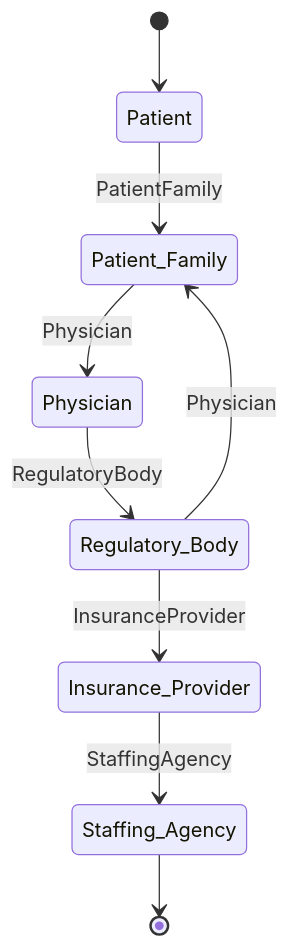
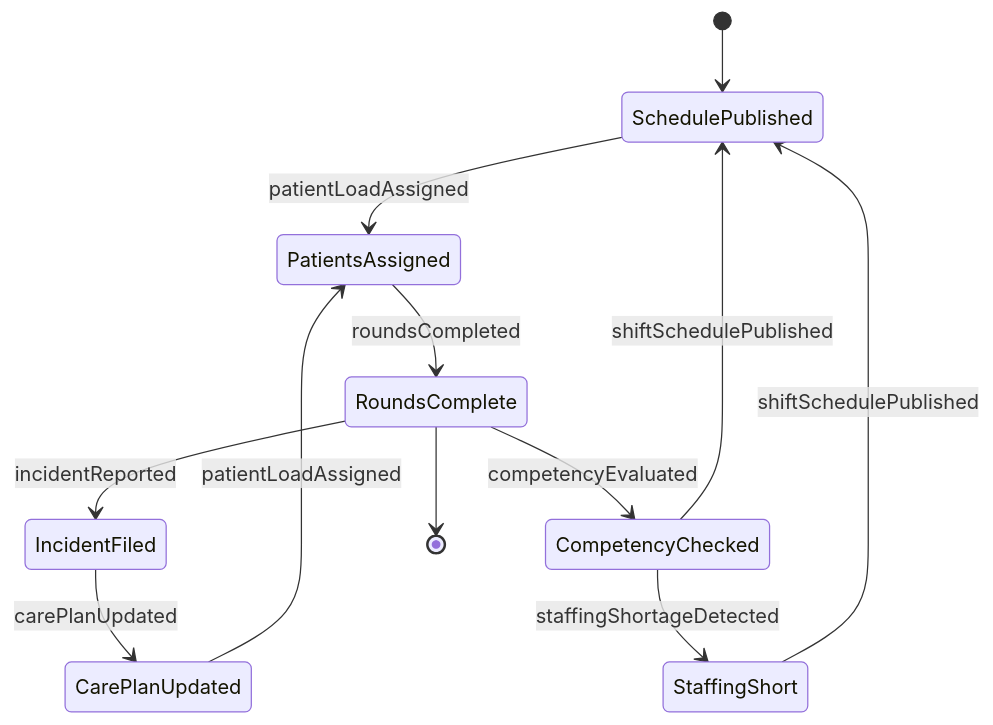
One commit to dot-org-ai/tasks.org.ai changed the second of 4 diagrams in GuidingDirectingAndMotivatingSubordinates/SupervisePersonnelActivities/SupervisePatientCarePersonnel.mdx. Above: the diagram before and after it, drawn with Mermaid. The commit also changed other lines of this file and 515 other files, not shown here.

````diff
--- a/GuidingDirectingAndMotivatingSubordinates/SupervisePersonnelActivities/SupervisePatientCarePersonnel.mdx
+++ b/GuidingDirectingAndMotivatingSubordinates/SupervisePersonnelActivities/SupervisePatientCarePersonnel.mdx
@@ -102,11 +99,14 @@
 ```mermaid
 stateDiagram-v2
-    [*] --> Patient
-    Patient --> Patient_Family: PatientFamily
-    Patient_Family --> Physician: Physician
-    Physician --> Regulatory_Body: RegulatoryBody
-    Regulatory_Body --> Insurance_Provider: InsuranceProvider
-    Insurance_Provider --> Staffing_Agency: StaffingAgency
-    Regulatory_Body --> Patient_Family: Physician
-    Staffing_Agency --> [*]
+    [*] --> SchedulePublished
+    SchedulePublished --> PatientsAssigned : patientLoadAssigned
+    PatientsAssigned --> RoundsComplete : roundsCompleted
+    RoundsComplete --> IncidentFiled : incidentReported
+    IncidentFiled --> CarePlanUpdated : carePlanUpdated
+    CarePlanUpdated --> PatientsAssigned : patientLoadAssigned
+    RoundsComplete --> CompetencyChecked : competencyEvaluated
+    CompetencyChecked --> StaffingShort : staffingShortageDetected
+    StaffingShort --> SchedulePublished : shiftSchedulePublished
+    CompetencyChecked --> SchedulePublished : shiftSchedulePublished
+    RoundsComplete --> [*]
 ```
````
